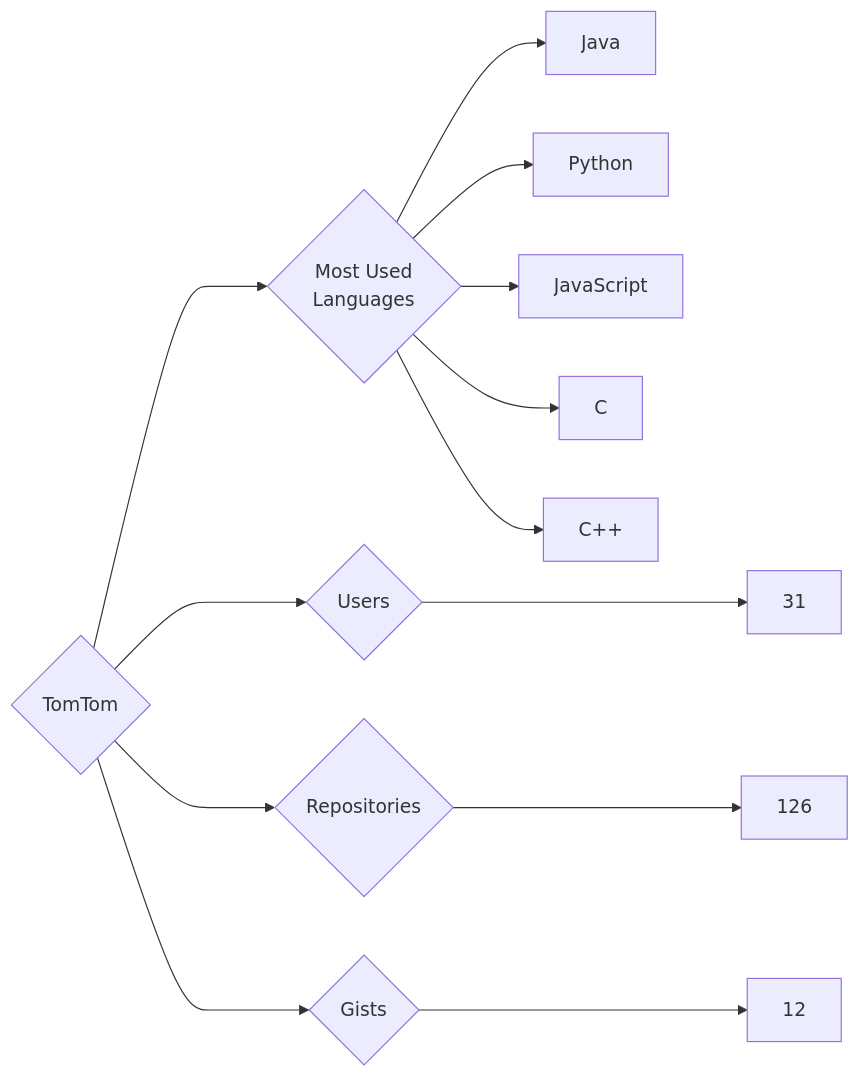
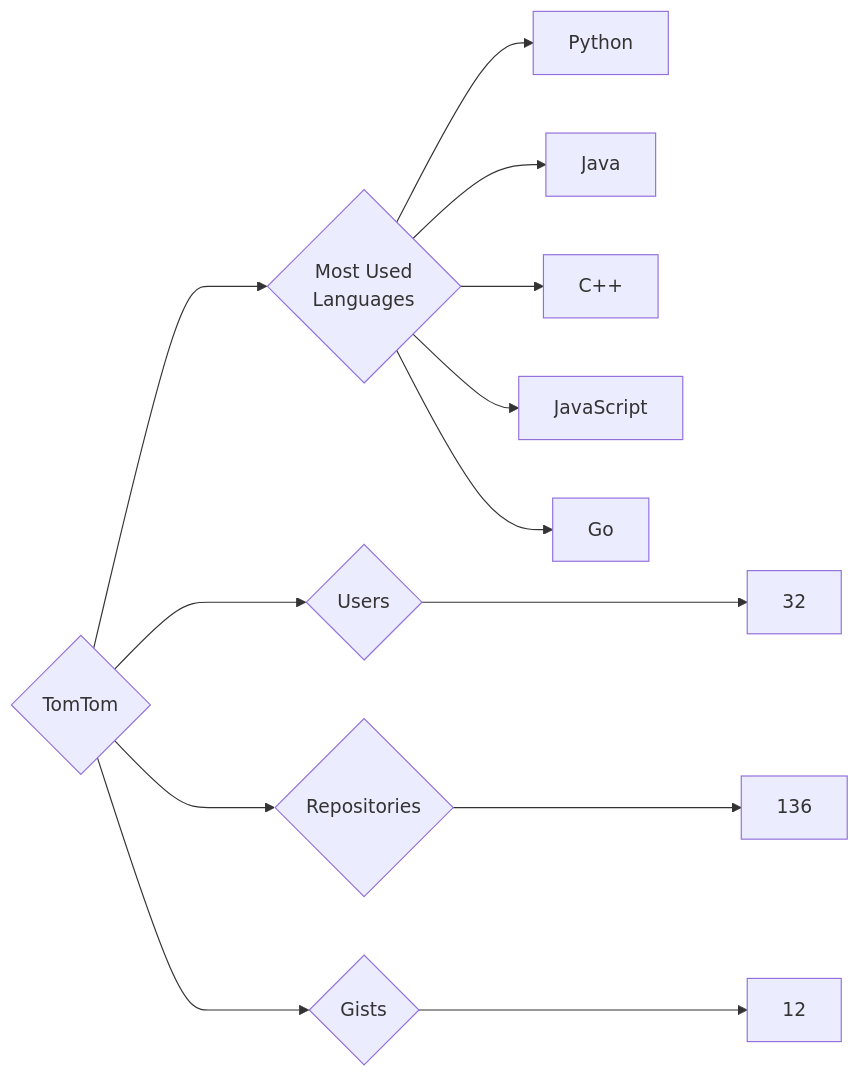
The diagram in targets/TomTom/README.md (trickest/insiders), drawn with Mermaid before and after one commit. The commit also changed 765 other files, not shown here.

````diff
--- a/targets/TomTom/README.md
+++ b/targets/TomTom/README.md
@@ -3,13 +3,13 @@
 ```mermaid
 graph LR
 COMPANY_NAME{TomTom}
-COMPANY_NAME ---> U{Users} ---> UN[31]
-COMPANY_NAME ---> R{Repositories} ---> RN[126]
+COMPANY_NAME ---> U{Users} ---> UN[32]
+COMPANY_NAME ---> R{Repositories} ---> RN[136]
 COMPANY_NAME ---> G{Gists} ---> GN[12]
 COMPANY_NAME ---> ML{Most Used<br>Languages}
+ML --> Python[Python]
 ML --> Java[Java]
-ML --> Python[Python]
+ML --> C++[C++]
 ML --> JavaScript[JavaScript]
-ML --> C[C]
-ML --> C++[C++]
+ML --> Go[Go]
 ```
````
